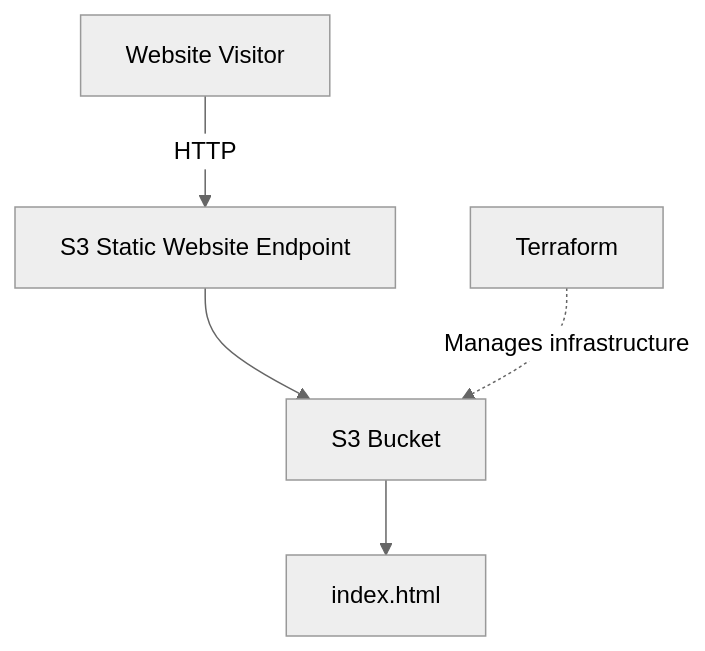
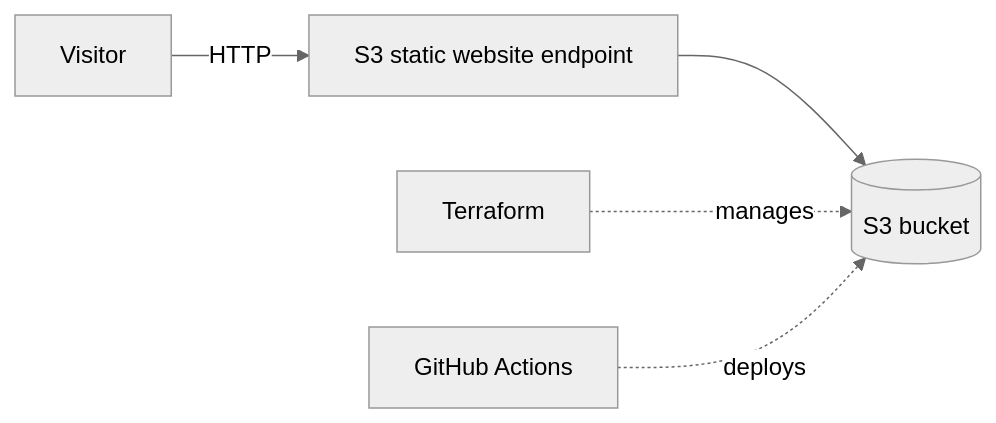
Before and after one commit to aidaalonsoiglesias/aws-static-website: the first of 2 diagrams in README.md, drawn with Mermaid (neutral theme). The commit also changed other lines of this file and 1 other file, not shown here.

````diff
--- a/README.md
+++ b/README.md
@@ -7,7 +5,7 @@
 ```mermaid
-flowchart TD
-    A[Website Visitor] -->|HTTP| B[S3 Static Website Endpoint]
-    B --> C[S3 Bucket]
-    C --> D[index.html]
-    E[Terraform] -.->|Manages infrastructure| C
+flowchart LR
+    V[Visitor] -->|HTTP| S[S3 static website endpoint]
+    S --> B[(S3 bucket)]
+    T[Terraform] -.->|manages| B
+    G[GitHub Actions] -.->|deploys| B
 ```
````
